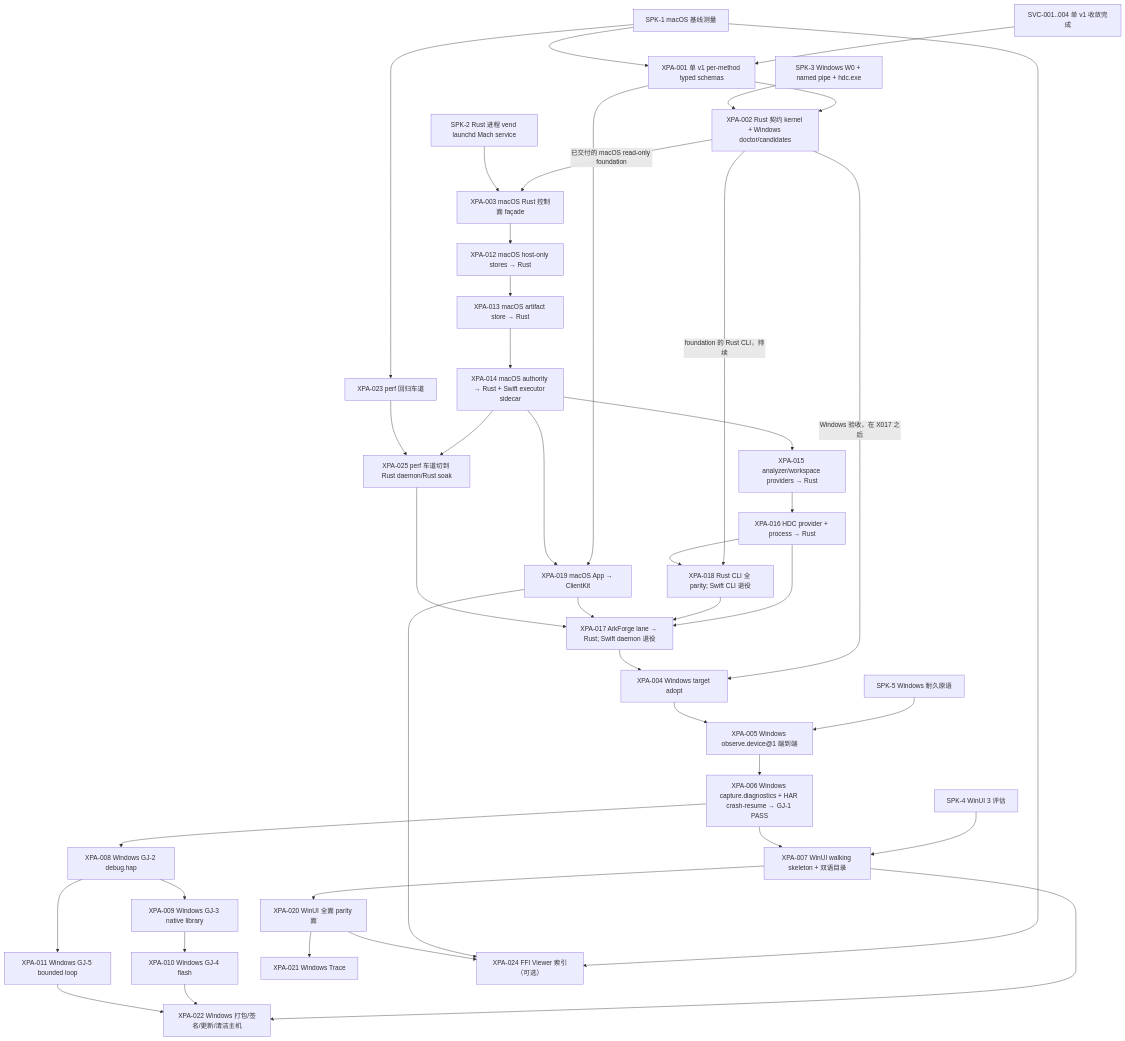
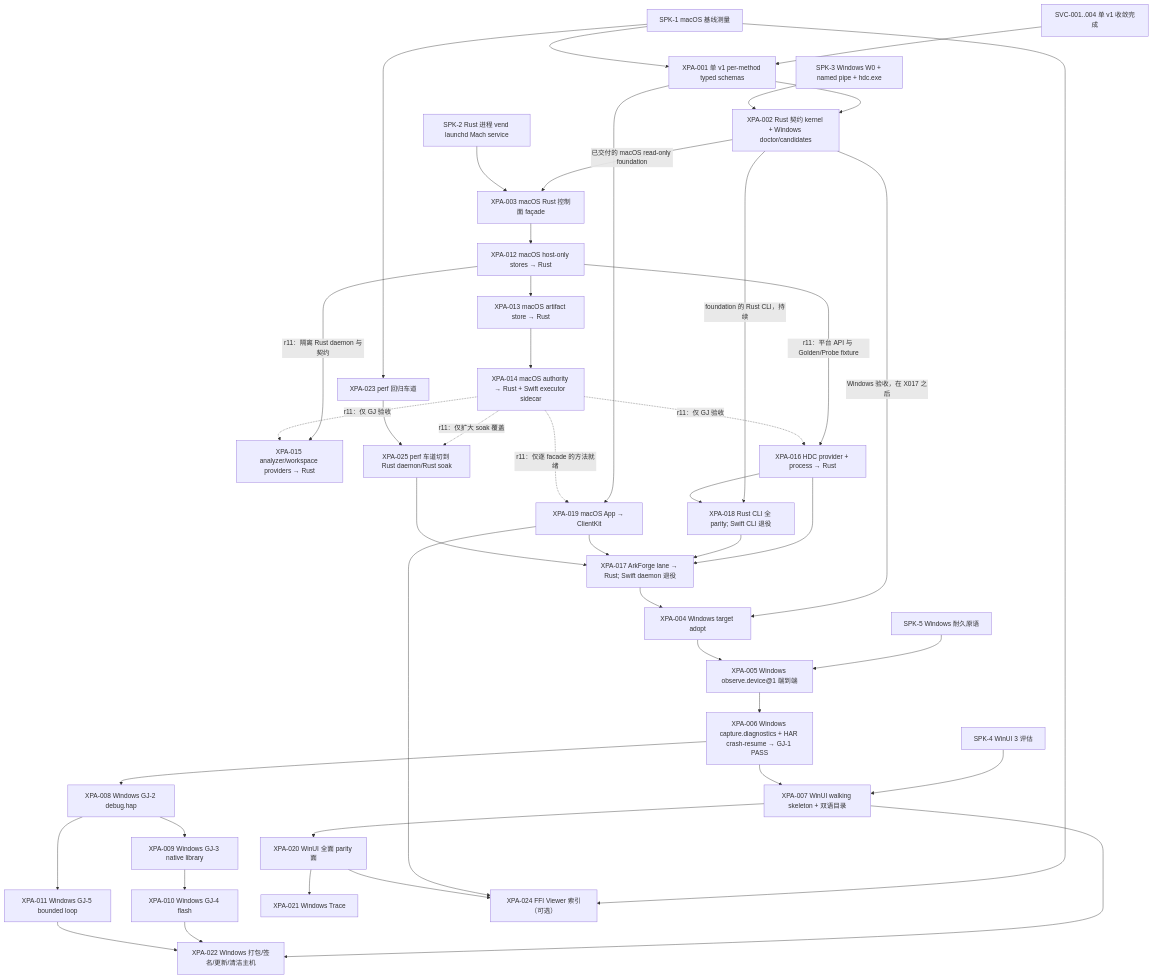
The fifth of 5 diagrams in docs/design/cross-platform/rust-core-cross-platform-architecture.md (ArkDeck/ArkDeck), drawn with Mermaid before and after one commit. The commit also changed other lines of this file and 8 other files, not shown here.

````diff
--- a/docs/design/cross-platform/rust-core-cross-platform-architecture.md
+++ b/docs/design/cross-platform/rust-core-cross-platform-architecture.md
@@ -689,68 +736,71 @@
 ```mermaid
 flowchart TD
   SPK1[SPK-1 macOS 基线测量]
   SPK2[SPK-2 Rust 进程 vend launchd Mach service]
   SPK3[SPK-3 Windows W0 + named pipe + hdc.exe]
   SPK4[SPK-4 WinUI 3 评估]
   SPK5[SPK-5 Windows 耐久原语]
   SVC[SVC-001..004 单 v1 收敛完成]
   X001[XPA-001 单 v1 per-method typed schemas]
   SVC --> X001
   X002[XPA-002 Rust 契约 kernel + Windows doctor/candidates]
   X003[XPA-003 macOS Rust 控制面 façade]
   X004[XPA-004 Windows target adopt]
   X005[XPA-005 Windows observe.device@1 端到端]
   X006[XPA-006 Windows capture.diagnostics + HAR crash-resume → GJ-1 PASS]
   X007[XPA-007 WinUI walking skeleton + 双语目录]
   X008[XPA-008 Windows GJ-2 debug.hap]
   X009[XPA-009 Windows GJ-3 native library]
   X010[XPA-010 Windows GJ-4 flash]
   X011[XPA-011 Windows GJ-5 bounded loop]
   X012[XPA-012 macOS host-only stores → Rust]
   X013[XPA-013 macOS artifact store → Rust]
   X014[XPA-014 macOS authority → Rust + Swift executor sidecar]
   X015[XPA-015 analyzer/workspace providers → Rust]
   X016[XPA-016 HDC provider + process → Rust]
   X017[XPA-017 ArkForge lane → Rust; Swift daemon 退役]
   X018[XPA-018 Rust CLI 全 parity; Swift CLI 退役]
   X019[XPA-019 macOS App → ClientKit]
   X020[XPA-020 WinUI 全面 parity 面]
   X021[XPA-021 Windows Trace]
   X022[XPA-022 Windows 打包/签名/更新/清洁主机]
   X023[XPA-023 perf 回归车道]
   X024[XPA-024 FFI Viewer 索引（可选）]
   X025[XPA-025 perf 车道切到 Rust daemon/Rust soak]
   SPK1 --> X023
   SPK1 --> X001
   X001 --> X002
   SPK3 --> X002
   SPK5 --> X005
   X002 -->|已交付的 macOS read-only foundation| X003
   SPK2 --> X003
   X002 -->|Windows 验收，在 X017 之后| X004 --> X005 --> X006
   X017 --> X004
   SPK4 --> X007
   X006 --> X007
   X006 --> X008 --> X009 --> X010
   X008 --> X011
   X003 --> X012 --> X013 --> X014
-  X014 --> X015 --> X016
+  X012 -->|r11：隔离 Rust daemon 与契约| X015
+  X012 -->|r11：平台 API 与 Golden/Probe fixture| X016
+  X014 -.->|r11：仅 GJ 验收| X015
+  X014 -.->|r11：仅 GJ 验收| X016
   X016 --> X017
   X018 --> X017
   X019 --> X017
   X002 -->|foundation 的 Rust CLI，持续| X018
   X016 --> X018
   X001 --> X019
-  X014 --> X019
+  X014 -.->|r11：仅逐 facade 的方法就绪| X019
   X007 --> X020
   X020 --> X021
   X007 --> X022
   X010 --> X022
   X011 --> X022
   SPK1 --> X024
   X019 --> X024
   X020 --> X024
-  X014 --> X025
+  X014 -.->|r11：仅扩大 soak 覆盖| X025
   X023 --> X025
   X025 --> X017
 ```
````
